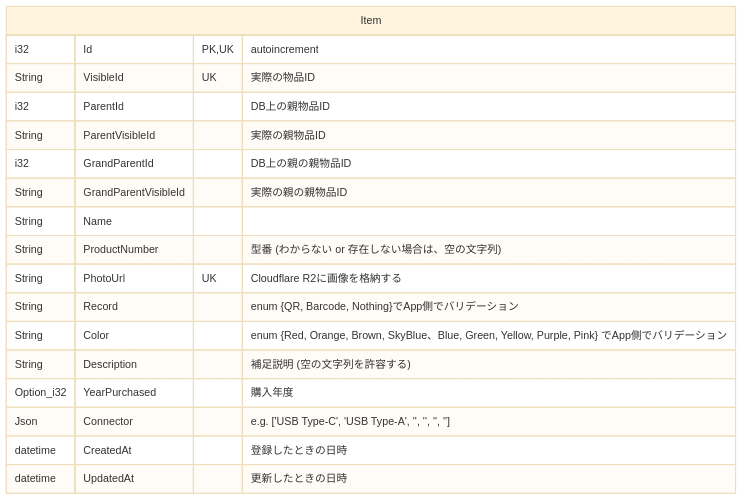
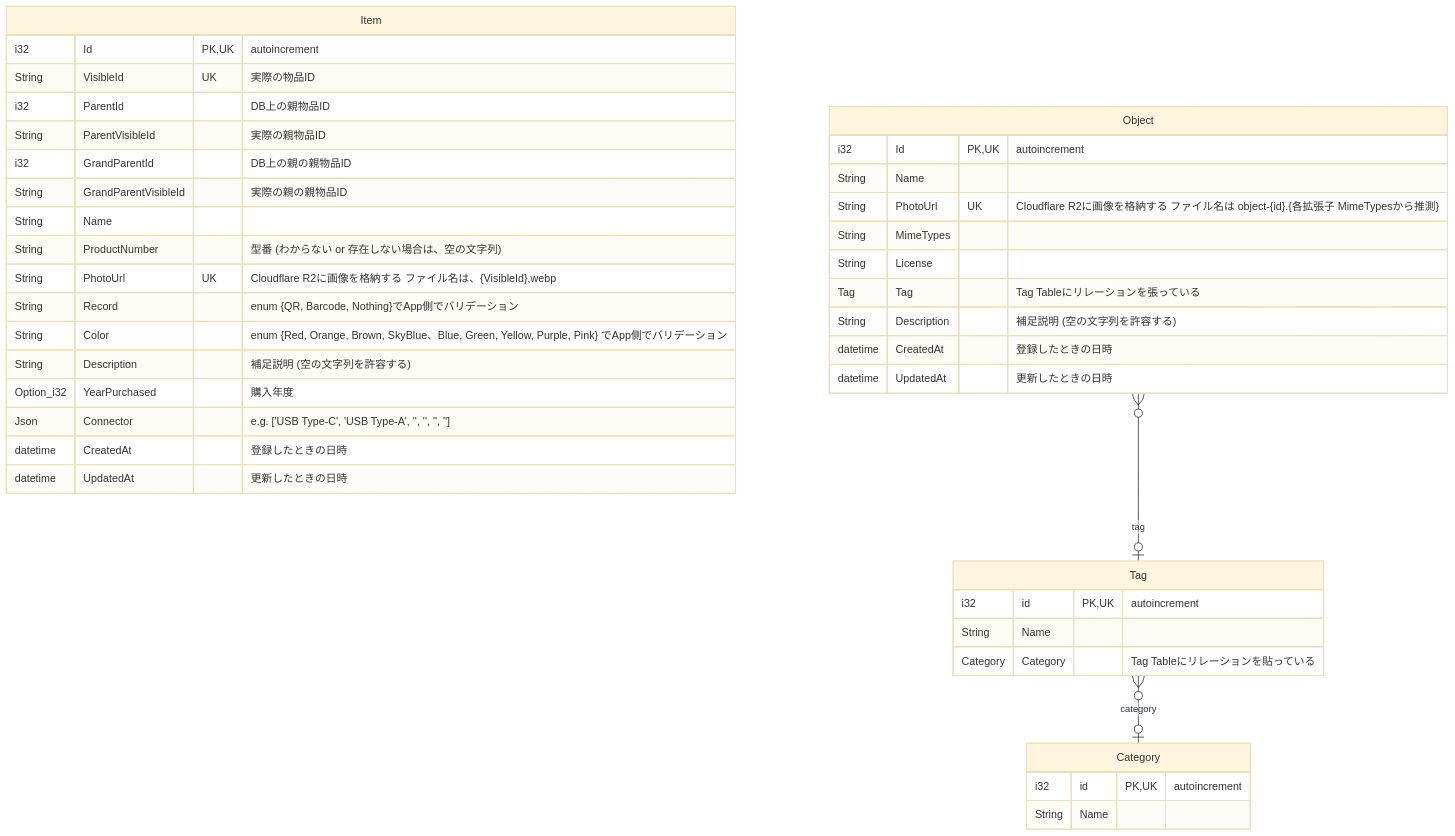
The first of 2 diagrams in README.md (Myxogastria0808/DashiShoyu), drawn with Mermaid (base theme) before and after one commit. The commit also changed other lines of this file and 1 other file, not shown here.

````diff
--- a/README.md
+++ b/README.md
@@ -183,21 +183,46 @@
 ```mermaid
 erDiagram
     Item {
         i32 Id PK, UK "autoincrement"
         String VisibleId UK "実際の物品ID"
         i32 ParentId "DB上の親物品ID"
         String ParentVisibleId "実際の親物品ID"
         i32 GrandParentId "DB上の親の親物品ID"
         String GrandParentVisibleId "実際の親の親物品ID"
         String Name
         String ProductNumber "型番 (わからない or 存在しない場合は、空の文字列)"
-        String PhotoUrl UK "Cloudflare R2に画像を格納する"
+        String PhotoUrl UK "Cloudflare R2に画像を格納する ファイル名は、{VisibleId},webp"
         String Record "enum {QR, Barcode, Nothing}でApp側でバリデーション"
         String Color "enum {Red, Orange, Brown, SkyBlue、Blue, Green, Yellow, Purple, Pink} でApp側でバリデーション"
         String Description　"補足説明 (空の文字列を許容する)"
         Option_i32 YearPurchased "購入年度"
         Json Connector　"e.g. ['USB Type-C', 'USB Type-A', '', '', '', '']"
         datetime CreatedAt "登録したときの日時"
         datetime UpdatedAt "更新したときの日時"
     }
+
+    Object }o--o| Tag : tag
+    Tag }o--o| Category : category
+    Object {
+        i32 Id PK, UK "autoincrement"
+        String Name
+        String PhotoUrl UK "Cloudflare R2に画像を格納する ファイル名は object-{id}.{各拡張子 MimeTypesから推測}"
+        String MimeTypes
+        String License
+        Tag Tag "Tag Tableにリレーションを張っている"
+        String Description "補足説明 (空の文字列を許容する)"
+        datetime CreatedAt "登録したときの日時"
+        datetime UpdatedAt "更新したときの日時"
+    }
+
+    Tag {
+        i32 id PK, UK "autoincrement"
+        String Name
+        Category Category "Tag Tableにリレーションを貼っている"
+    }
+
+    Category {
+        i32 id PK, UK "autoincrement"
+        String Name
+    }
 ```
````
